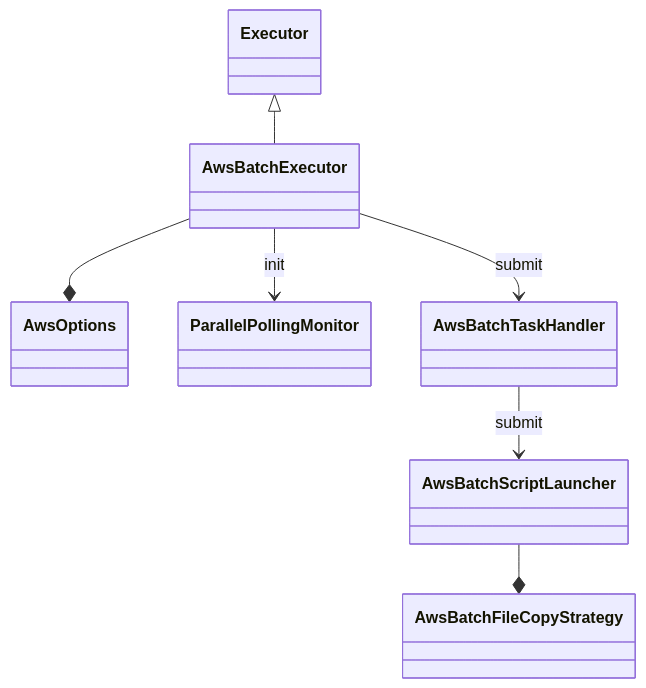
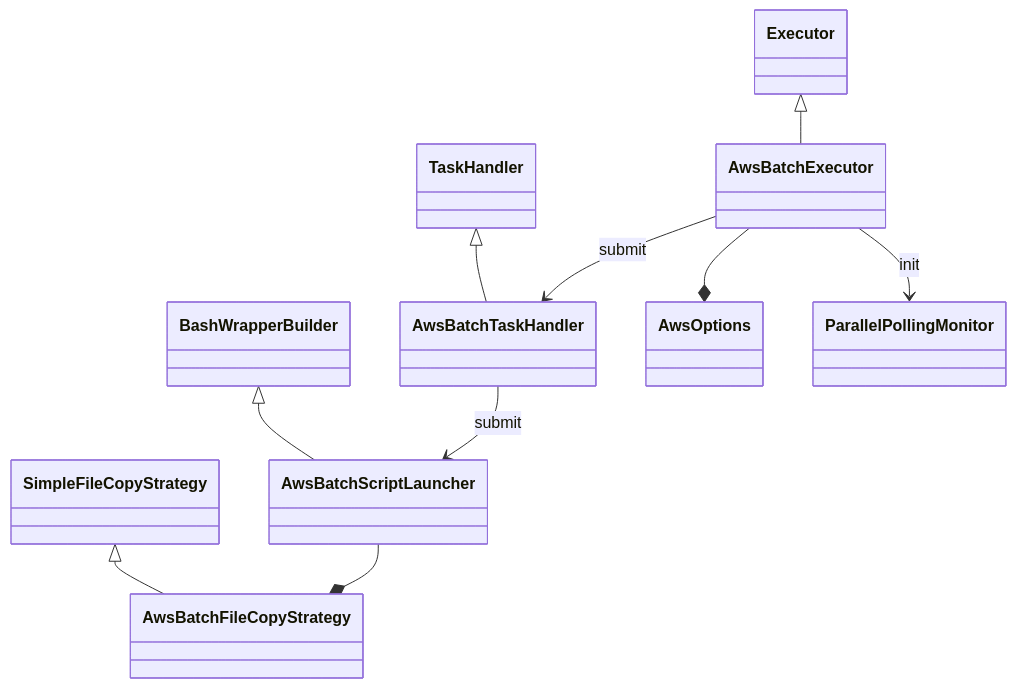
The diagram in docs/developer/class-diagrams/nextflow.cloud.aws.mmd (nextflow-io/nextflow), drawn with Mermaid before and after one commit. The commit also changed 9 other files, not shown here.

```diff
--- a/docs/developer/class-diagrams/nextflow.cloud.aws.mmd
+++ b/docs/developer/class-diagrams/nextflow.cloud.aws.mmd
@@ -1,16 +1,16 @@
 classDiagram
     %%
     %% nextflow.cloud.aws
     %%
     Executor <|-- AwsBatchExecutor
-    %% TaskHandler <|-- AwsBatchTaskHandler
-    %% BashWrapperBuilder <|-- AwsBatchScriptLauncher
+    TaskHandler <|-- AwsBatchTaskHandler
+    BashWrapperBuilder <|-- AwsBatchScriptLauncher
 
     AwsBatchExecutor --* AwsOptions
 
     AwsBatchExecutor --> ParallelPollingMonitor : init
     AwsBatchExecutor --> AwsBatchTaskHandler : submit
     AwsBatchTaskHandler --> AwsBatchScriptLauncher : submit
 
-    %% SimpleFileCopyStrategy <|-- AwsBatchFileCopyStrategy
+    SimpleFileCopyStrategy <|-- AwsBatchFileCopyStrategy
     AwsBatchScriptLauncher --* AwsBatchFileCopyStrategy
```
